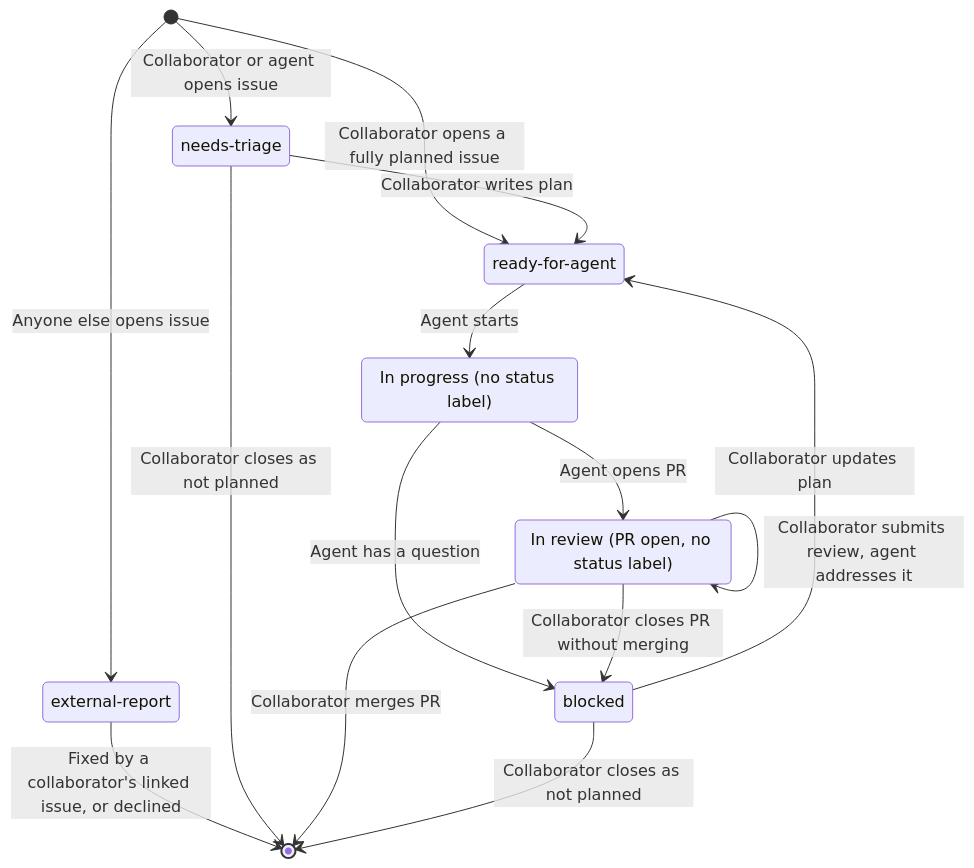
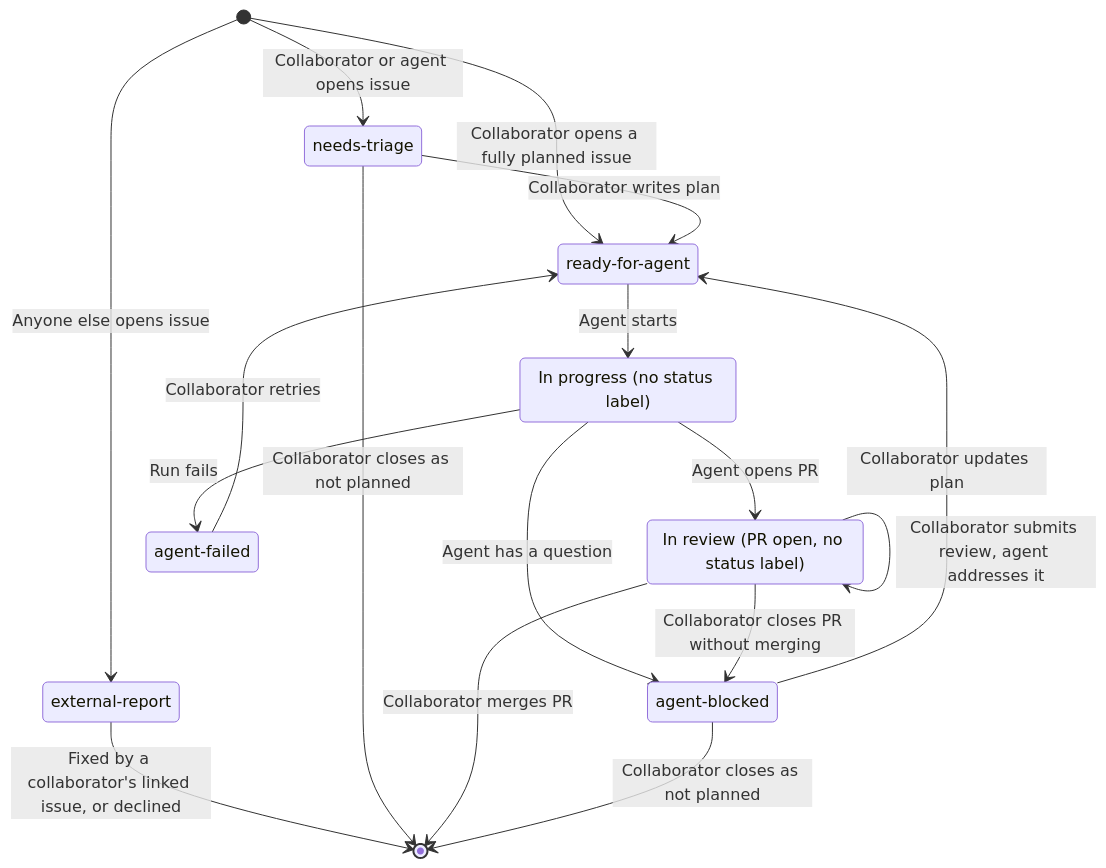
The diagram in docs/agent-workflow.md (okorz001/flashcards), drawn with Mermaid before and after one commit. The commit also changed other lines of this file, not shown here.

Commit message:
Add agent-failed, rename blocked to agent-blocked

````diff
--- a/docs/agent-workflow.md
+++ b/docs/agent-workflow.md
@@ -74,24 +75,27 @@
 ```mermaid
 stateDiagram-v2
     [*] --> NeedsTriage: Collaborator or agent opens issue
     [*] --> ExternalReport: Anyone else opens issue
     ExternalReport --> [*]: Fixed by a collaborator's linked issue, or declined
     [*] --> ReadyForAgent: Collaborator opens a fully planned issue
     NeedsTriage --> ReadyForAgent: Collaborator writes plan
     NeedsTriage --> [*]: Collaborator closes as not planned
     ReadyForAgent --> InProgress: Agent starts
     InProgress --> Blocked: Agent has a question
     InProgress --> InReview: Agent opens PR
     InReview --> InReview: Collaborator submits review, agent addresses it
     InReview --> Blocked: Collaborator closes PR without merging
     InReview --> [*]: Collaborator merges PR
     Blocked --> ReadyForAgent: Collaborator updates plan
     Blocked --> [*]: Collaborator closes as not planned
+    InProgress --> Failed: Run fails
+    Failed --> ReadyForAgent: Collaborator retries
 
     NeedsTriage: needs-triage
     ExternalReport: external-report
     ReadyForAgent: ready-for-agent
     InProgress: In progress (no status label)
-    Blocked: blocked
+    Blocked: agent-blocked
+    Failed: agent-failed
     InReview: In review (PR open, no status label)
 ```
````
